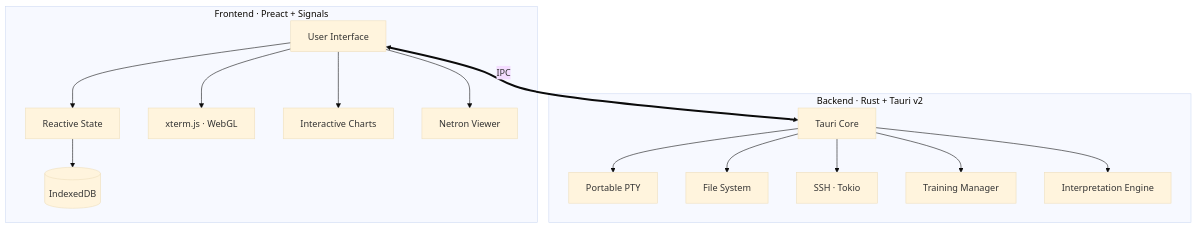
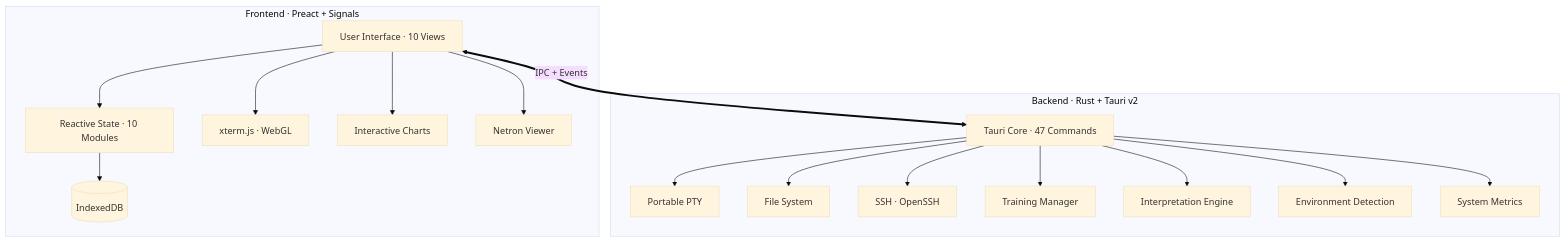
Before and after one commit to theja-vanka/NightFlow: the diagram in README.md, drawn with Mermaid (base theme). The commit also changed other lines of this file, not shown here.

````diff
--- a/README.md
+++ b/README.md
@@ -159,20 +172,22 @@
 ```mermaid
 graph TD
     subgraph Frontend["Frontend · Preact + Signals"]
-        UI["User Interface"] --> State["Reactive State"]
+        UI["User Interface · 10 Views"] --> State["Reactive State · 10 Modules"]
         State --> DB[("IndexedDB")]
         UI --> Terminal["xterm.js · WebGL"]
         UI --> Charts["Interactive Charts"]
         UI --> Netron["Netron Viewer"]
     end
 
     subgraph Backend["Backend · Rust + Tauri v2"]
-        Tauri["Tauri Core"] --> PTY["Portable PTY"]
+        Tauri["Tauri Core · 47 Commands"] --> PTY["Portable PTY"]
         Tauri --> FS["File System"]
-        Tauri --> SSH["SSH · Tokio"]
+        Tauri --> SSH["SSH · OpenSSH"]
         Tauri --> Training["Training Manager"]
         Tauri --> Interpret["Interpretation Engine"]
+        Tauri --> Env["Environment Detection"]
+        Tauri --> System["System Metrics"]
     end
 
-    UI <== "IPC" ==> Tauri
+    UI <== "IPC + Events" ==> Tauri
 ```
````
